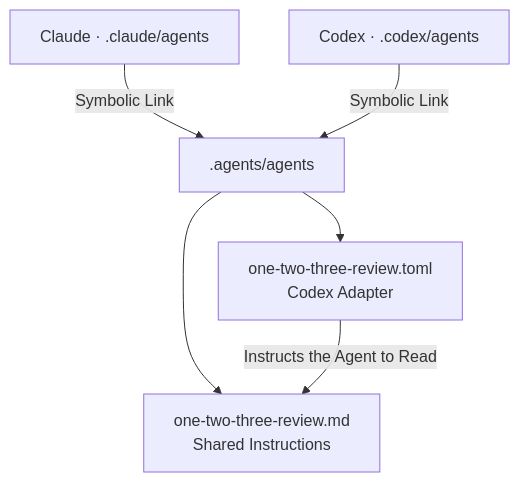
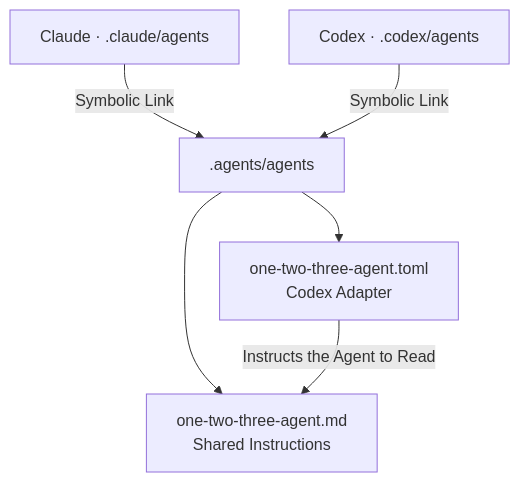
Before and after one commit to cangrejometralleta/OneTwoThree: the diagram in rules/vendor-integration.md, drawn with Mermaid. The commit also changed other lines of this file and 7 other files, not shown here.

````diff
--- a/rules/vendor-integration.md
+++ b/rules/vendor-integration.md
@@ -24,8 +24,8 @@
 ```mermaid
 flowchart TD
     Claude["Claude · .claude/agents"] -->|Symbolic Link| Shared[".agents/agents"]
     Codex["Codex · .codex/agents"] -->|Symbolic Link| Shared
-    Shared --> Markdown["one-two-three-review.md<br/>Shared Instructions"]
-    Shared --> Adapter["one-two-three-review.toml<br/>Codex Adapter"]
+    Shared --> Markdown["one-two-three-agent.md<br/>Shared Instructions"]
+    Shared --> Adapter["one-two-three-agent.toml<br/>Codex Adapter"]
     Adapter -->|Instructs the Agent to Read| Markdown
 ```
````
